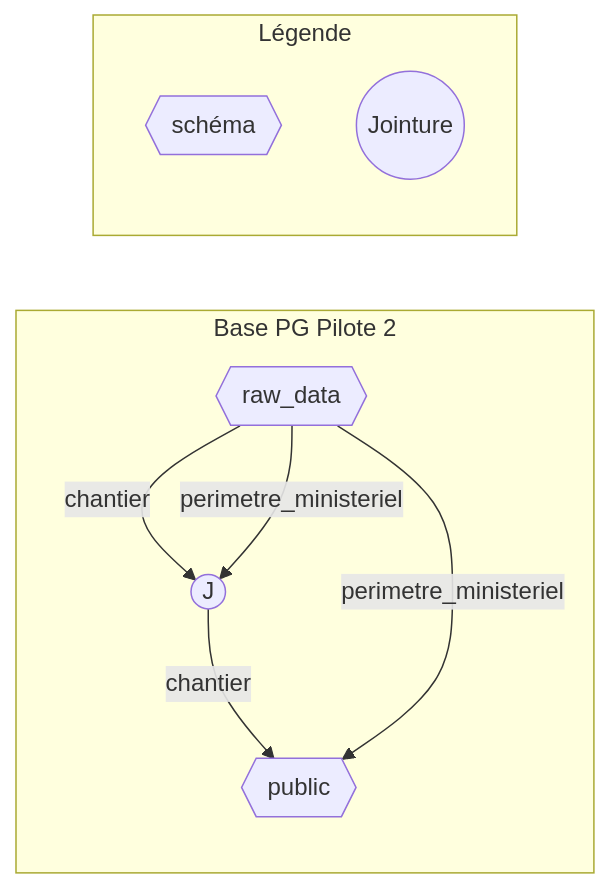
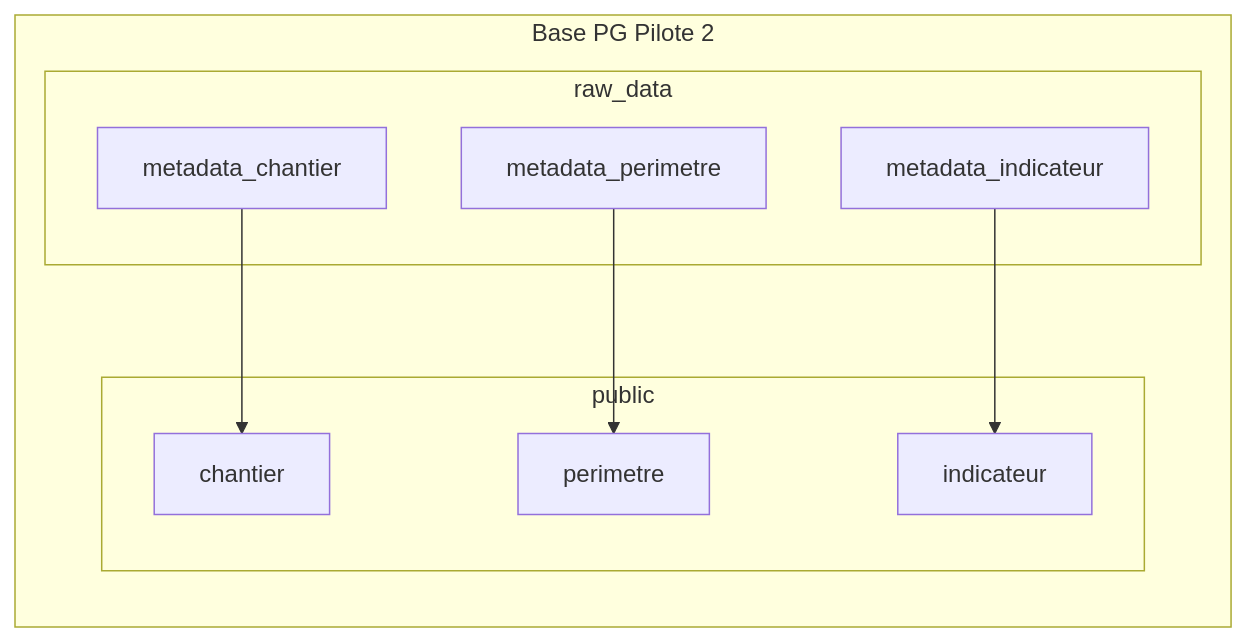
One commit to DITP-pilotage/pilote-2 changed the fourth of 4 diagrams in data/README.md. Above: the diagram before and after it, drawn with Mermaid. The commit also changed other lines of this file and 1 other file, not shown here.

Commit message:
refactor: ajout des 29 perimetres dans le csv open_data perimetre et maj schema d'archi (94)

````diff
--- a/data/README.md
+++ b/data/README.md
@@ -208,14 +211,15 @@
 ``` mermaid
 graph LR
 subgraph Base PG Pilote 2
-    RD{{raw_data}} --> |chantier| J((J))
-    RD --> |perimetre_ministeriel| J
-    J --> |chantier| PU{{public}}
-    RD --> |perimetre_ministeriel| PU
-end
-
-subgraph Légende
-    SCH{{schéma}}
-    JOIN((Jointure))
+   subgraph raw_data
+      MCHA[metadata_chantier]
+      MPER[metadata_perimetre]
+      MIND[metadata_indicateur]
+   end
+   subgraph public
+      MCHA --> CHA[chantier]
+      MPER --> PER[perimetre]
+      MIND --> IND[indicateur]
+   end
 end
 ```
````
